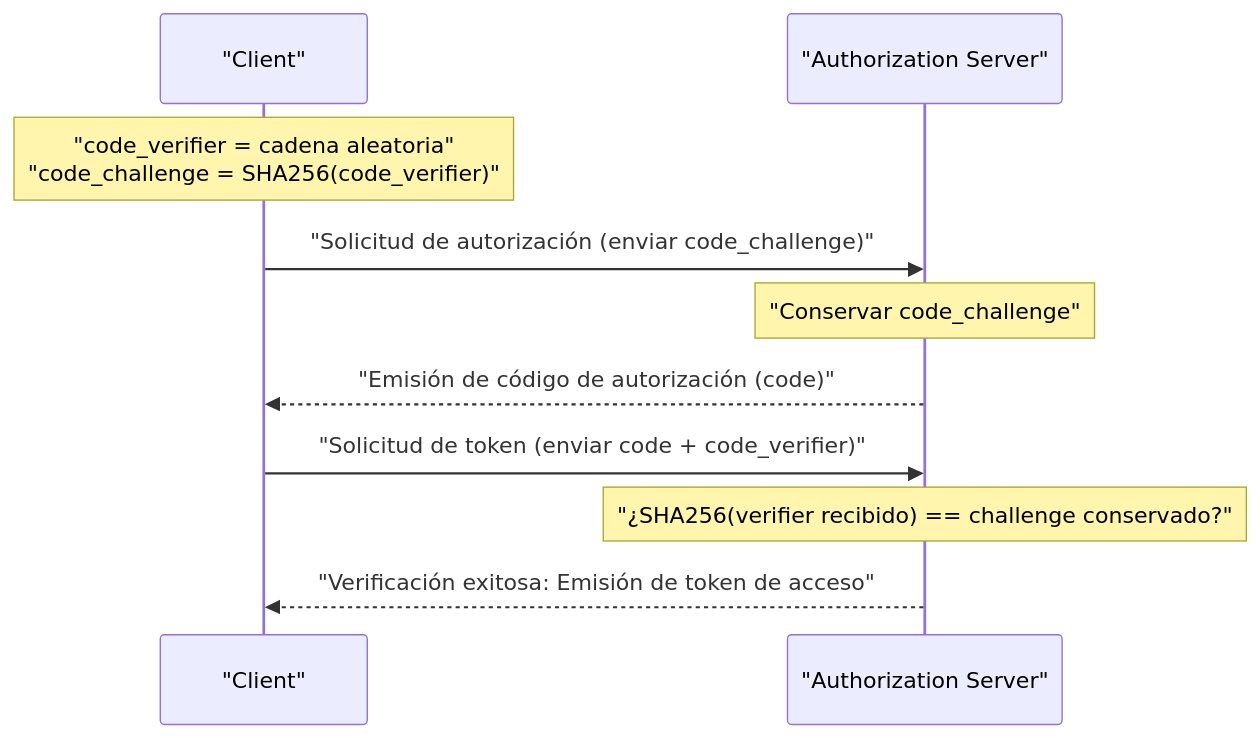
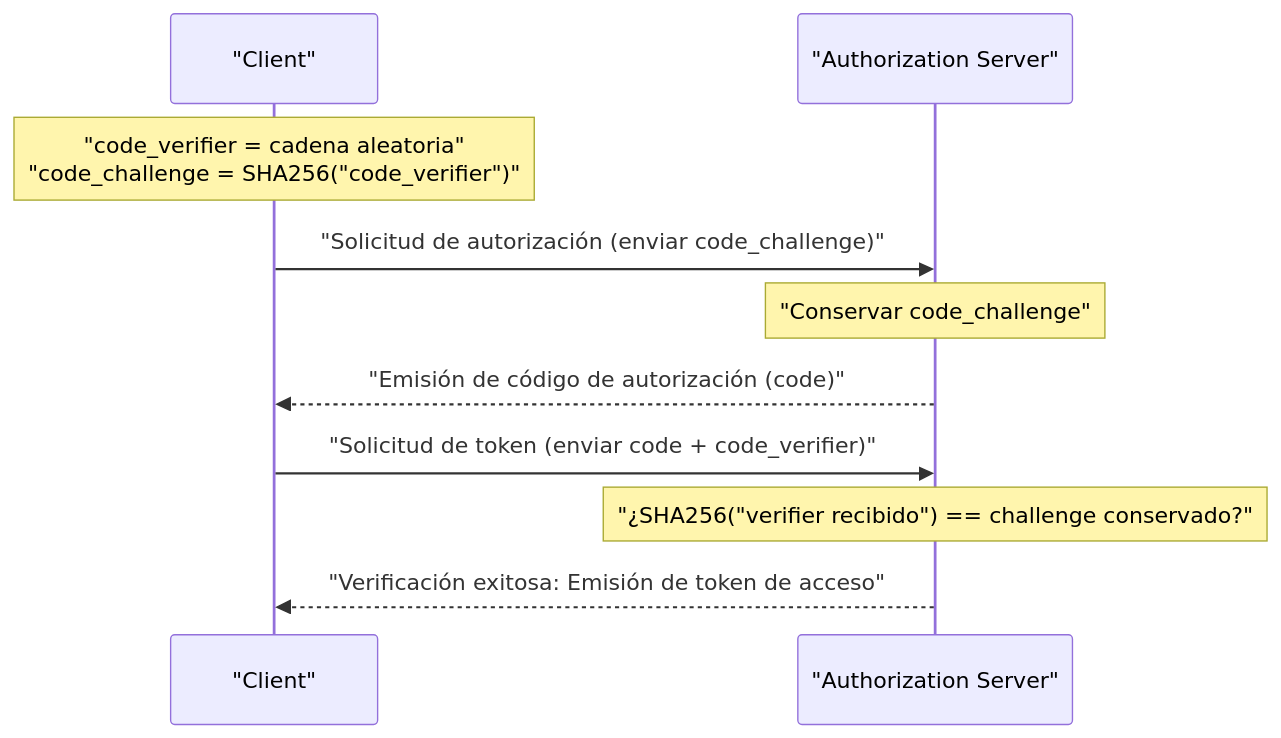
One commit to kenjinote/blog changed the third of 3 diagrams in content/post/oauth2_slack_app/index.es.md. Above: the diagram before and after it, drawn with Mermaid. The commit also changed 929 other files, not shown here.

Commit message:
fix: Add double quotes to all Mermaid node texts to resolve syntax errors

````diff
--- a/content/post/oauth2_slack_app/index.es.md
+++ b/content/post/oauth2_slack_app/index.es.md
@@ -329,14 +329,14 @@
 ```mermaid
 sequenceDiagram
     participant C as "Client"
     participant AS as "Authorization Server"
     
-    Note over C: "code_verifier = cadena aleatoria"<br/>"code_challenge = SHA256(code_verifier)"
+    Note over C: "code_verifier = cadena aleatoria"<br/>"code_challenge = SHA256("code_verifier")"
     C->>AS: "Solicitud de autorización (enviar code_challenge)"
     Note over AS: "Conservar code_challenge"
     AS-->>C: "Emisión de código de autorización (code)"
     
     C->>AS: "Solicitud de token (enviar code + code_verifier)"
-    Note over AS: "¿SHA256(verifier recibido) == challenge conservado?"
+    Note over AS: "¿SHA256("verifier recibido") == challenge conservado?"
     AS-->>C: "Verificación exitosa: Emisión de token de acceso"
 ```
````
